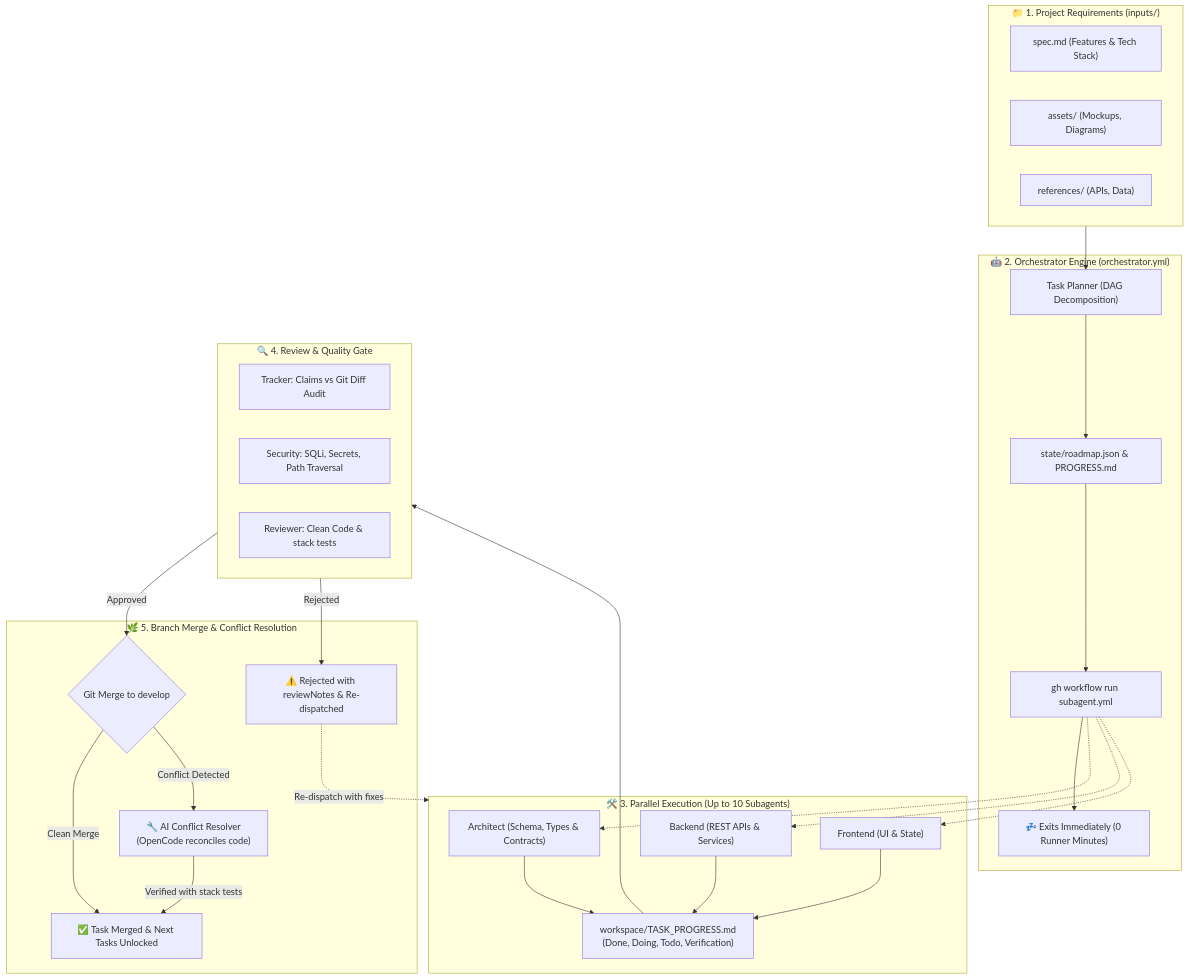
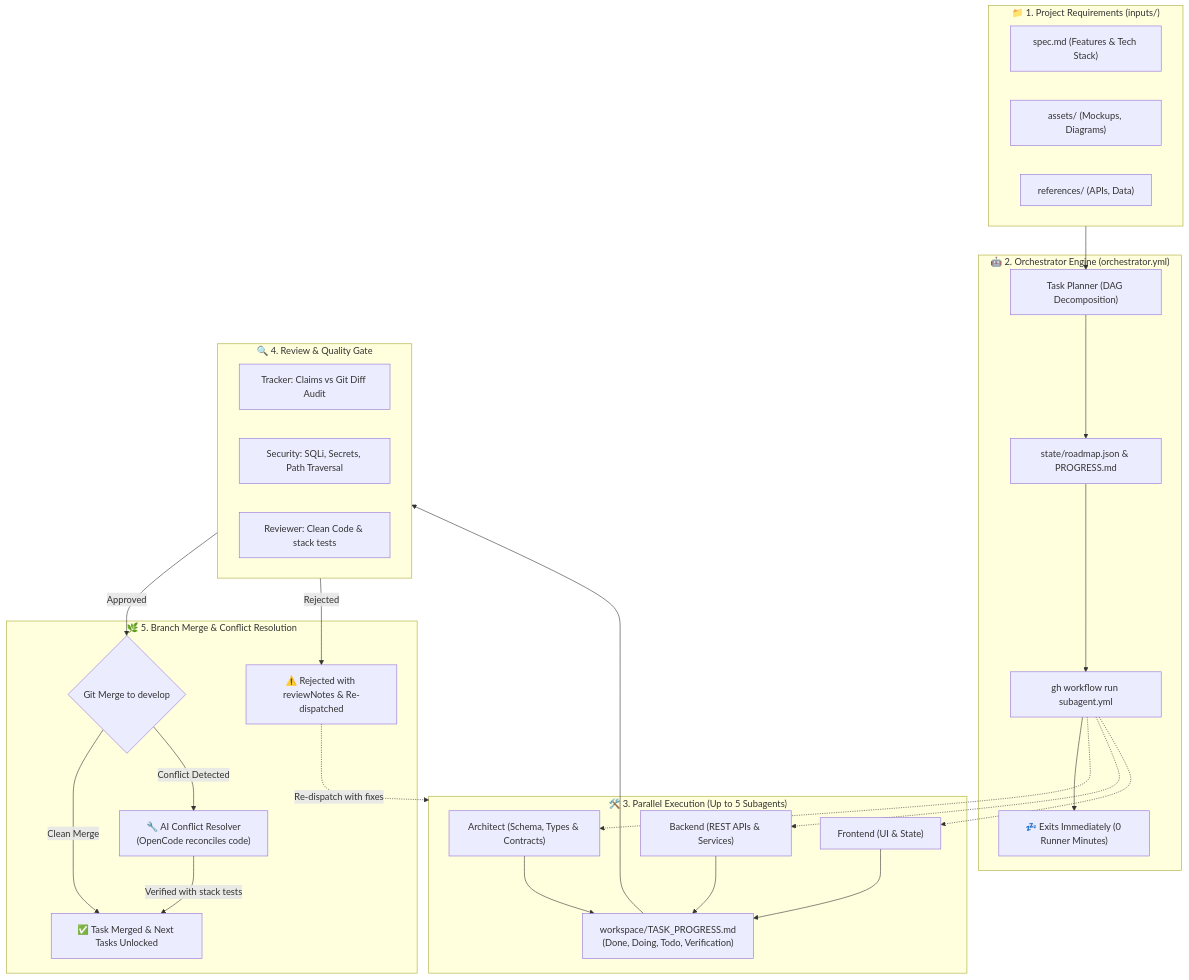
One commit to Taiizor/Orchestrator changed the first of 3 diagrams in README.md. Above: the diagram before and after it, drawn with Mermaid. The commit also changed other lines of this file and 1 other file, not shown here.

````diff
--- a/README.md
+++ b/README.md
@@ -11,52 +11,52 @@
 ```mermaid
 flowchart TD
     subgraph Inputs["📁 1. Project Requirements (inputs/)"]
         Spec["spec.md (Features & Tech Stack)"]
         Assets["assets/ (Mockups, Diagrams)"]
         Refs["references/ (APIs, Data)"]
     end
 
     subgraph OrchestratorEngine["🤖 2. Orchestrator Engine (orchestrator.yml)"]
         Plan["Task Planner (DAG Decomposition)"]
         Roadmap["state/roadmap.json & PROGRESS.md"]
         Dispatch["gh workflow run subagent.yml"]
         Sleep["💤 Exits Immediately (0 Runner Minutes)"]
     end
 
-    subgraph Subagents["🛠️ 3. Parallel Execution (Up to 10 Subagents)"]
+    subgraph Subagents["🛠️ 3. Parallel Execution (Up to 5 Subagents)"]
         AgentA["Architect (Schema, Types & Contracts)"]
         AgentB["Backend (REST APIs & Services)"]
         AgentC["Frontend (UI & State)"]
         TaskProg["workspace/TASK_PROGRESS.md\n(Done, Doing, Todo, Verification)"]
     end
 
     subgraph QualityGate["🔍 4. Review & Quality Gate"]
         Tracker["Tracker: Claims vs Git Diff Audit"]
         Security["Security: SQLi, Secrets, Path Traversal"]
         Reviewer["Reviewer: Clean Code & stack tests"]
     end
 
     subgraph Integration["🌿 5. Branch Merge & Conflict Resolution"]
         GitMerge{"Git Merge to develop"}
         ConflictResolver["🔧 AI Conflict Resolver\n(OpenCode reconciles code)"]
         Success["✅ Task Merged & Next Tasks Unlocked"]
         Rejection["⚠️ Rejected with reviewNotes & Re-dispatched"]
     end
 
     Inputs --> Plan
     Plan --> Roadmap
     Roadmap --> Dispatch
     Dispatch --> Sleep
 
     Dispatch -.-> AgentA & AgentB & AgentC
     AgentA & AgentB & AgentC --> TaskProg
     TaskProg --> QualityGate
 
     QualityGate -->|Approved| GitMerge
     QualityGate -->|Rejected| Rejection
     Rejection -.->|Re-dispatch with fixes| Subagents
 
     GitMerge -->|Clean Merge| Success
     GitMerge -->|Conflict Detected| ConflictResolver
     ConflictResolver -->|Verified with stack tests| Success
 ```
````
